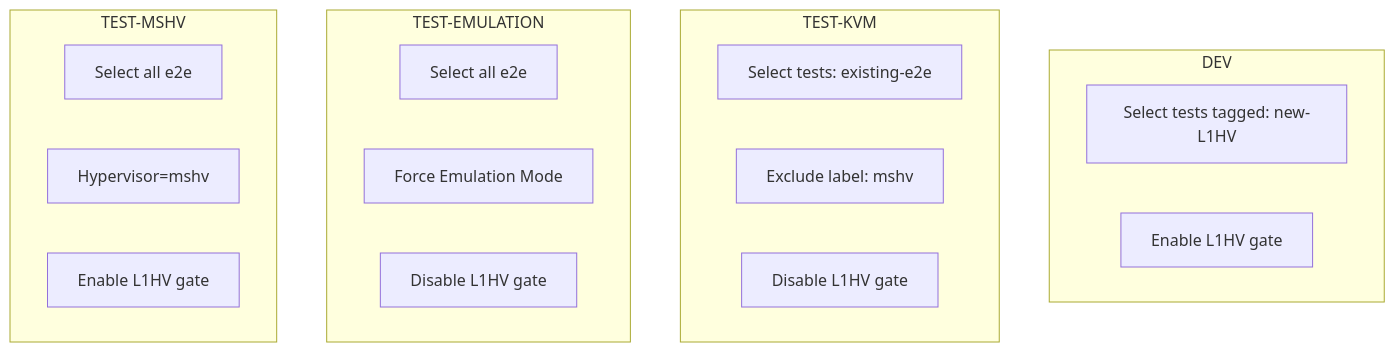
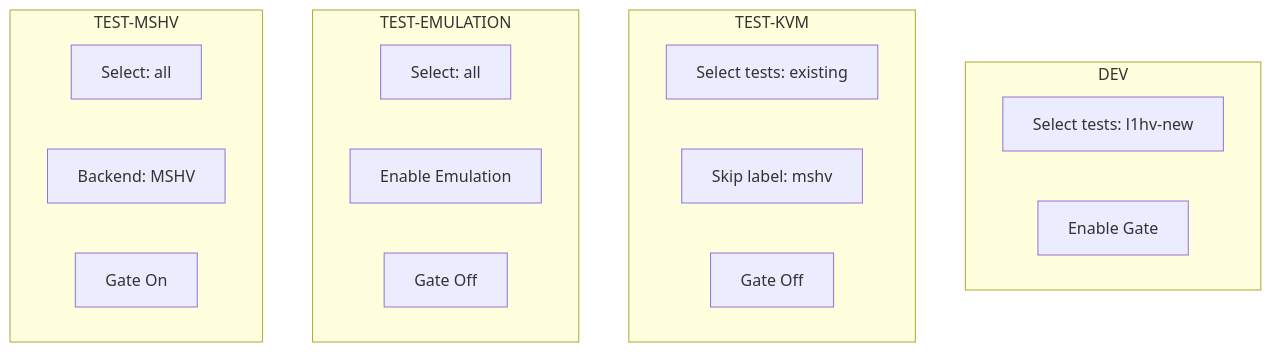
The second of 3 diagrams in docs/l1hv-infra/README.md (kubevirt/kubevirt), drawn with Mermaid before and after one commit. The commit also changed other lines of this file, not shown here.

````diff
--- a/docs/l1hv-infra/README.md
+++ b/docs/l1hv-infra/README.md
@@ -51,25 +65,22 @@
 ```mermaid
 flowchart TD
   subgraph DEV
-    D1[Select tests tagged: new-L1HV]
-    D2[Enable L1HV gate]
+    D1[Select tests: l1hv-new]
+    D2[Enable Gate]
   end
-
   subgraph TEST-KVM
-    K1[Select tests: existing-e2e]
-    K2[Exclude label: mshv]
-    K3[Disable L1HV gate]
+    K1[Select tests: existing]
+    K2[Skip label: mshv]
+    K3[Gate Off]
   end
-
   subgraph TEST-EMULATION
-    E1[Select all e2e]
-    E2[Force Emulation Mode]
-    E3[Disable L1HV gate]
+    E1[Select: all]
+    E2[Enable Emulation]
+    E3[Gate Off]
   end
-
   subgraph TEST-MSHV
-    M1[Select all e2e]
-    M2[Hypervisor=mshv]
-    M3[Enable L1HV gate]
+    M1[Select: all]
+    M2[Backend: MSHV]
+    M3[Gate On]
   end
 ```
````
